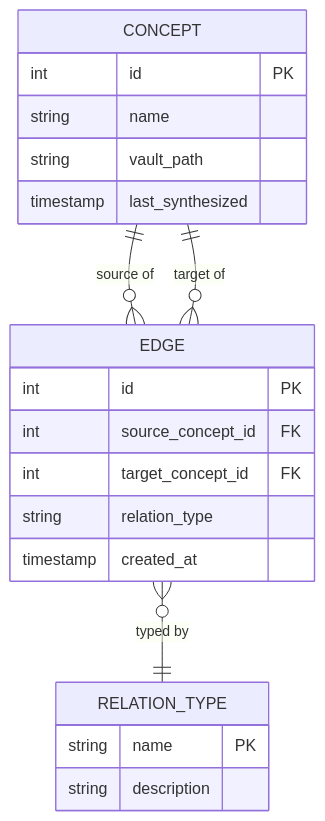
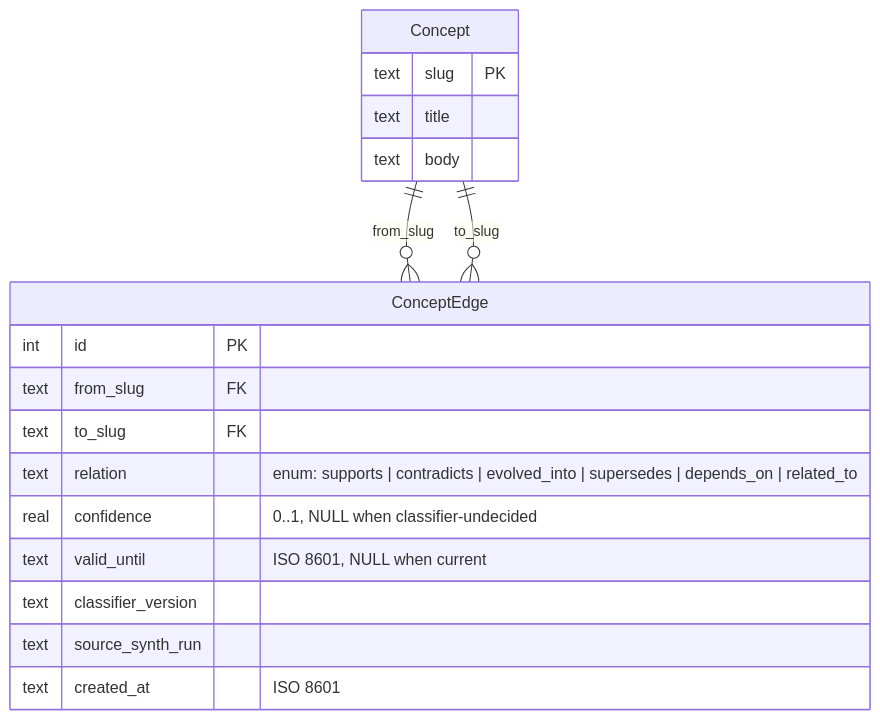
One commit to seanwinslow28/sw-ai-pm-portfolio changed the diagram in src/content/architecture/diagrams/concept-edges-erd.mmd. Above: the diagram before and after it, drawn with Mermaid. The commit also changed 3 other files, not shown here.

First line of the commit message:
feat(architecture): vault-scorecard surface (lock #6) + cross-link backfills

```diff
--- a/src/content/architecture/diagrams/concept-edges-erd.mmd
+++ b/src/content/architecture/diagrams/concept-edges-erd.mmd
@@ -1,21 +1,19 @@
 erDiagram
-    CONCEPT ||--o{ EDGE : "source of"
-    CONCEPT ||--o{ EDGE : "target of"
-    EDGE }o--|| RELATION_TYPE : "typed by"
-    EDGE {
+    Concept ||--o{ ConceptEdge : "from_slug"
+    Concept ||--o{ ConceptEdge : "to_slug"
+    ConceptEdge {
         int id PK
-        int source_concept_id FK
-        int target_concept_id FK
-        string relation_type
-        timestamp created_at
+        text from_slug FK
+        text to_slug FK
+        text relation "enum: supports | contradicts | evolved_into | supersedes | depends_on | related_to"
+        real confidence "0..1, NULL when classifier-undecided"
+        text valid_until "ISO 8601, NULL when current"
+        text classifier_version
+        text source_synth_run
+        text created_at "ISO 8601"
     }
-    CONCEPT {
-        int id PK
-        string name
-        string vault_path
-        timestamp last_synthesized
+    Concept {
+        text slug PK
+        text title
+        text body
     }
-    RELATION_TYPE {
-        string name PK
-        string description
-    }
```
